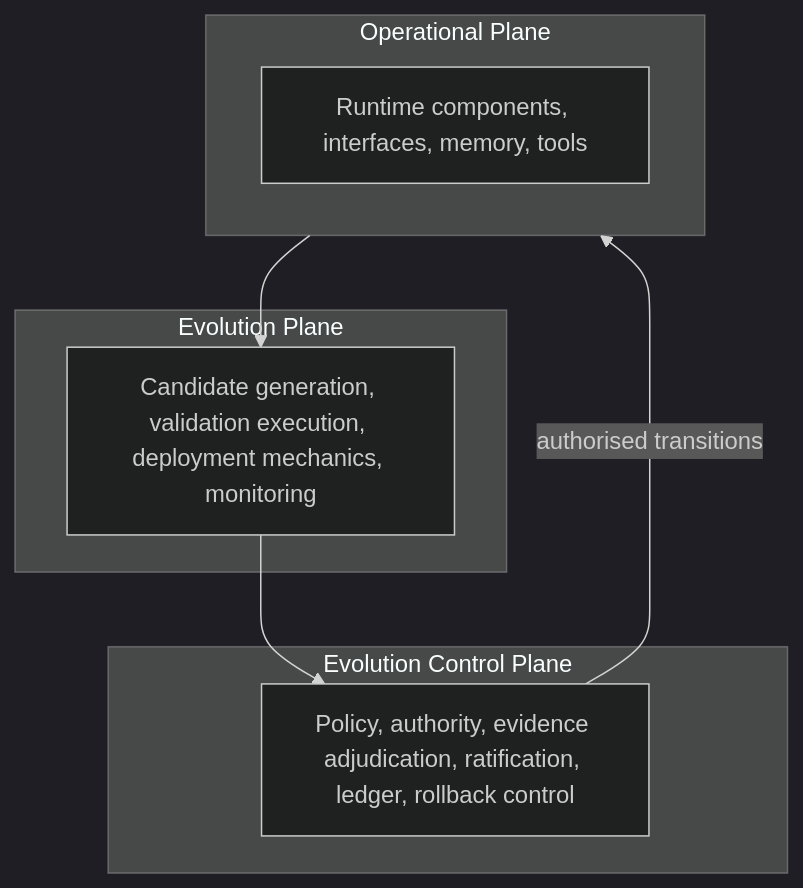
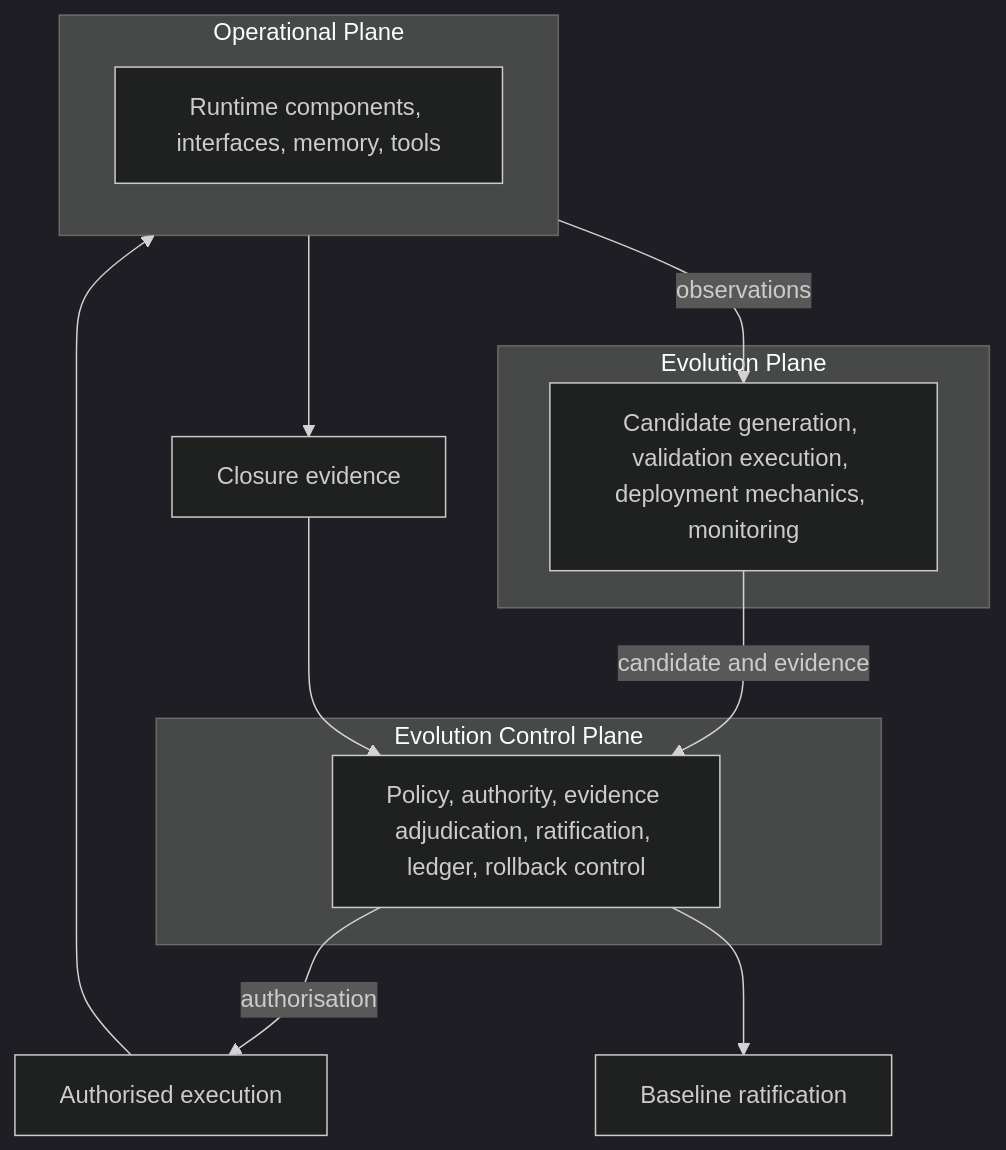
The second of 2 diagrams in README.md (AmedeoPelliccia/AGES), drawn with Mermaid (dark theme) before and after one commit. The commit also changed other lines of this file and 2 other files, not shown here.

Commit message:
Address README review: neural clarification, expanded lifecycle, action-candidate wording, plane diagram, formulas

````diff
--- a/README.md
+++ b/README.md
@@ -100,15 +100,22 @@
 ```mermaid
 flowchart TB
     subgraph OP["Operational Plane"]
         RT[Runtime components, interfaces, memory, tools]
     end
     subgraph EP["Evolution Plane"]
         GEN[Candidate generation, validation execution, deployment mechanics, monitoring]
     end
     subgraph CP["Evolution Control Plane"]
         ADJ[Policy, authority, evidence adjudication, ratification, ledger, rollback control]
     end
-    OP --> GEN
-    GEN --> ADJ
-    ADJ -->|authorised transitions| OP
+    EX["Authorised execution"]
+    CE["Closure evidence"]
+    BR["Baseline ratification"]
+    OP -->|observations| GEN
+    GEN -->|candidate and evidence| ADJ
+    ADJ -->|authorisation| EX
+    EX --> OP
+    OP --> CE
+    CE --> ADJ
+    ADJ --> BR
 ```
````
